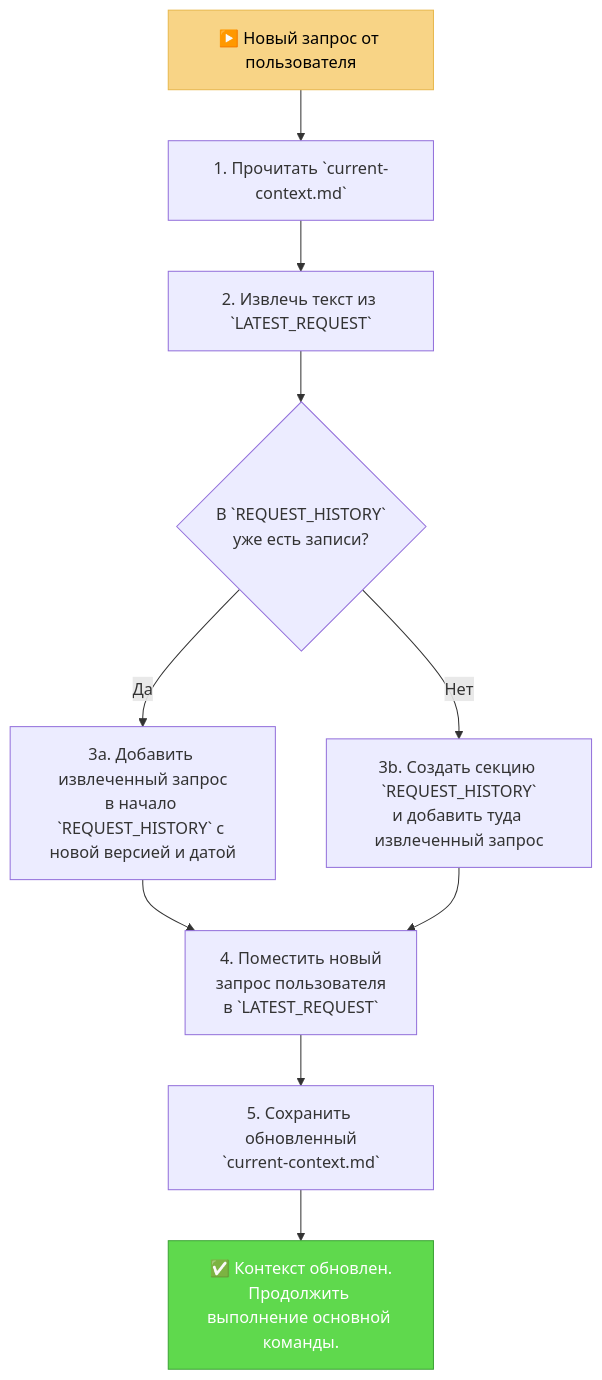
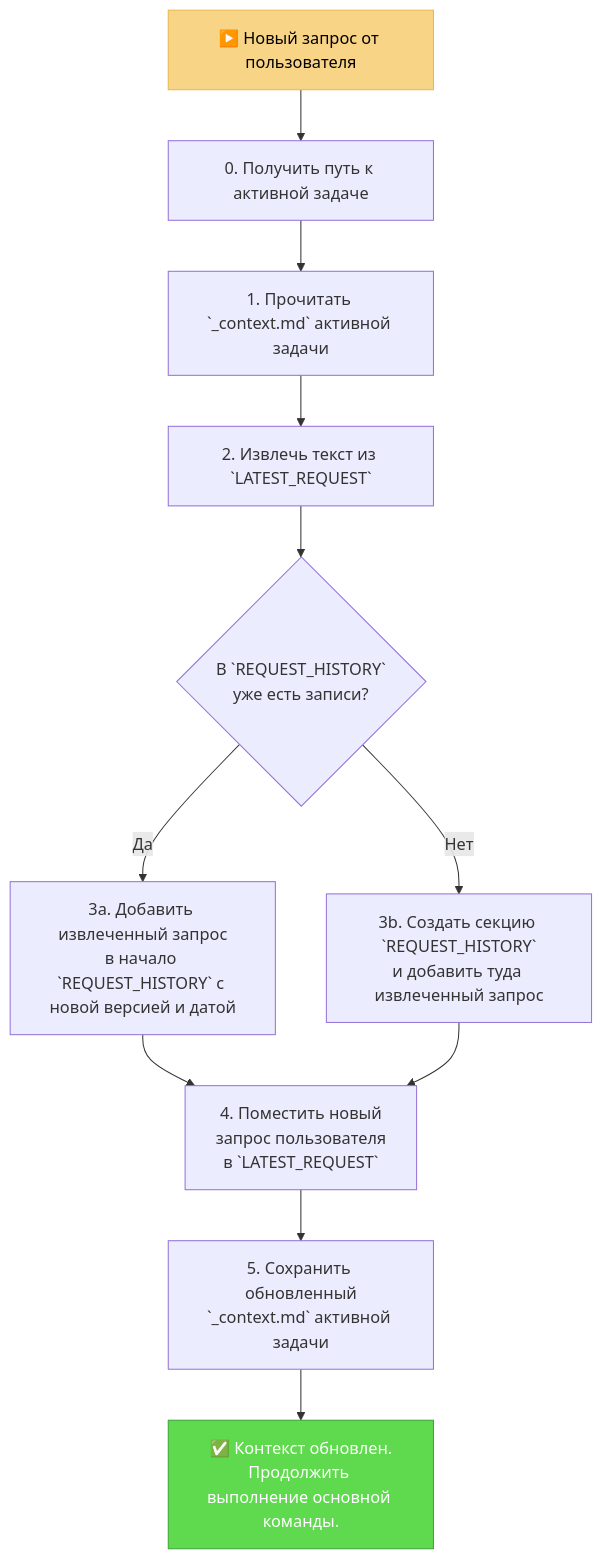
One commit to vanzan01/cursor-memory-bank changed the diagram in .cursor/rules/isolation_rules/Core/request-versioning-system.mdc. Above: the diagram before and after it, drawn with Mermaid. The commit also changed other lines of this file and 52 other files, not shown here.

Commit message:
Добавлены новые правила для управления активными задачами и генерации сообщений коммитов. Обновлены существующие правила для улучшения логики обработки контекста и управления задачами. Включены инструкции по созданию заметок для релиза и улучшены диаграммы процесса для режимов ARCHIVE и CREATIVE.

````diff
--- a/.cursor/rules/isolation_rules/Core/request-versioning-system.mdc
+++ b/.cursor/rules/isolation_rules/Core/request-versioning-system.mdc
@@ -12,18 +12,19 @@
 ```mermaid
 graph TD
-    Start["▶️ Новый запрос от пользователя"] --> ReadContext["1. Прочитать `current-context.md`"]
+    Start["▶️ Новый запрос от пользователя"] --> GetTaskPath["0. Получить путь к активной задаче"]
+    GetTaskPath --> ReadContext["1. Прочитать `_context.md` активной задачи"]
     ReadContext --> ExtractLatest["2. Извлечь текст из `LATEST_REQUEST`"]
 
     ExtractLatest --> HasHistory{"В `REQUEST_HISTORY`<br>уже есть записи?"}
     HasHistory -->|"Да"| PrependToHistory["3a. Добавить извлеченный запрос<br>в начало `REQUEST_HISTORY` с новой версией и датой"]
     HasHistory -->|"Нет"| CreateHistory["3b. Создать секцию `REQUEST_HISTORY`<br>и добавить туда извлеченный запрос"]
 
     PrependToHistory --> UpdateLatest["4. Поместить новый<br>запрос пользователя<br>в `LATEST_REQUEST`"]
     CreateHistory --> UpdateLatest
 
-    UpdateLatest --> SaveContext["5. Сохранить обновленный<br>`current-context.md`"]
+    UpdateLatest --> SaveContext["5. Сохранить обновленный<br>`_context.md` активной задачи"]
     SaveContext --> Proceed["✅ Контекст обновлен.<br>Продолжить выполнение основной команды."]
 
     style Start fill:#f8d486,stroke:#e8b84d,color:black
     style Proceed fill:#5fd94d,stroke:#3da336,color:white
 ```
````
